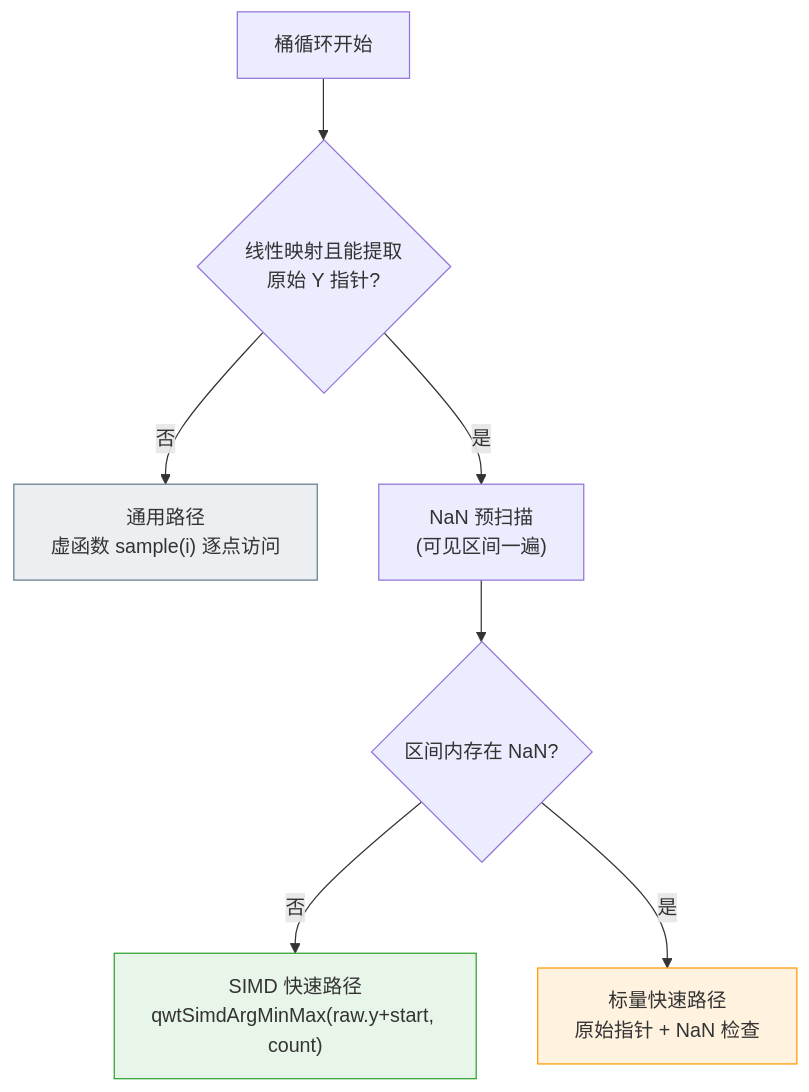
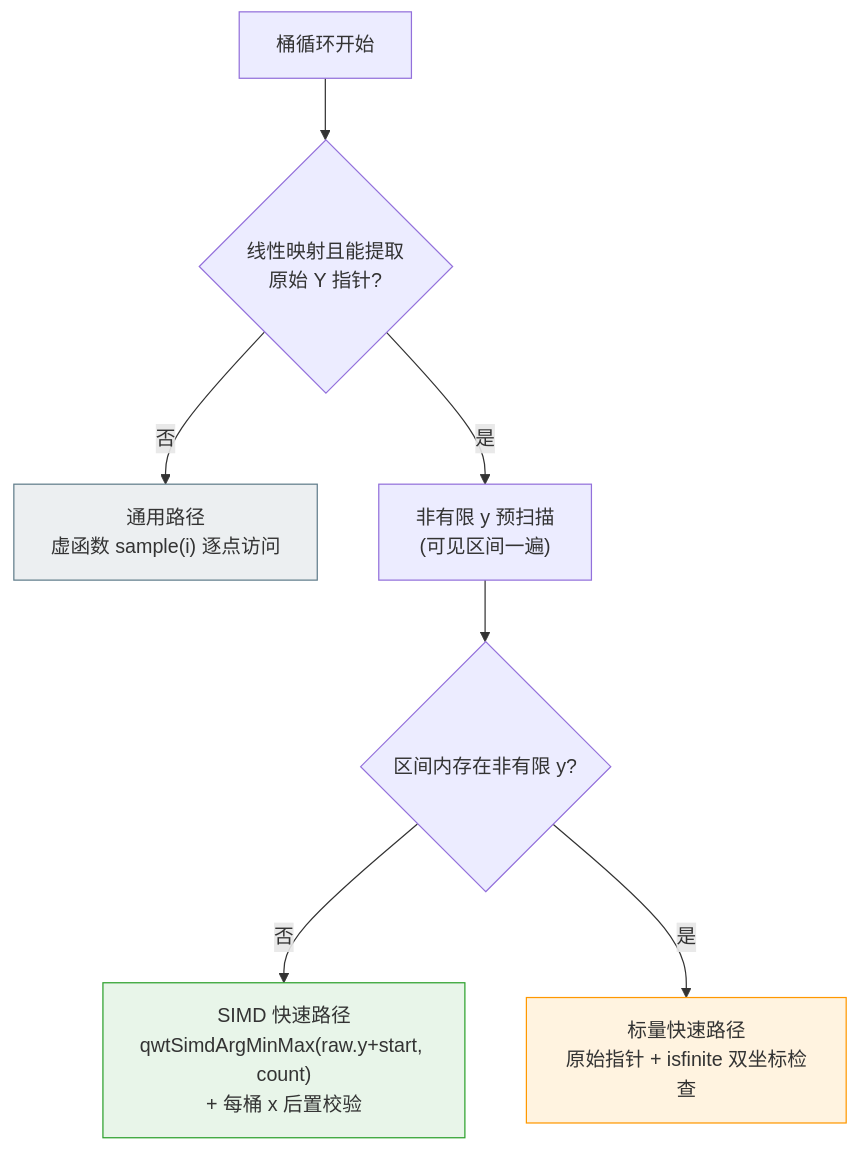
The second of 3 diagrams in docs/zh/tech-report/curve-downsampling.md (czyt1988/QWT), drawn with Mermaid before and after one commit. The commit also changed other lines of this file and 4 other files, not shown here.

````diff
--- a/docs/zh/tech-report/curve-downsampling.md
+++ b/docs/zh/tech-report/curve-downsampling.md
@@ -339,13 +339,13 @@
 ```mermaid
 flowchart TD
     A["桶循环开始"] --> B{"线性映射且能提取<br/>原始 Y 指针?"}
     B -->|"否"| C["通用路径<br/>虚函数 sample(i) 逐点访问"]
-    B -->|"是"| D["NaN 预扫描<br/>(可见区间一遍)"]
-    D --> E{"区间内存在 NaN?"}
-    E -->|"否"| F["SIMD 快速路径<br/>qwtSimdArgMinMax(raw.y+start, count)"]
-    E -->|"是"| G["标量快速路径<br/>原始指针 + NaN 检查"]
+    B -->|"是"| D["非有限 y 预扫描<br/>(可见区间一遍)"]
+    D --> E{"区间内存在非有限 y?"}
+    E -->|"否"| F["SIMD 快速路径<br/>qwtSimdArgMinMax(raw.y+start, count)<br/>+ 每桶 x 后置校验"]
+    E -->|"是"| G["标量快速路径<br/>原始指针 + isfinite 双坐标检查"]
 
     style F fill:#e8f5e9,stroke:#2ca02c
     style G fill:#fff3e0,stroke:#ff9800
     style C fill:#eceff1,stroke:#607d8b
 ```
````
